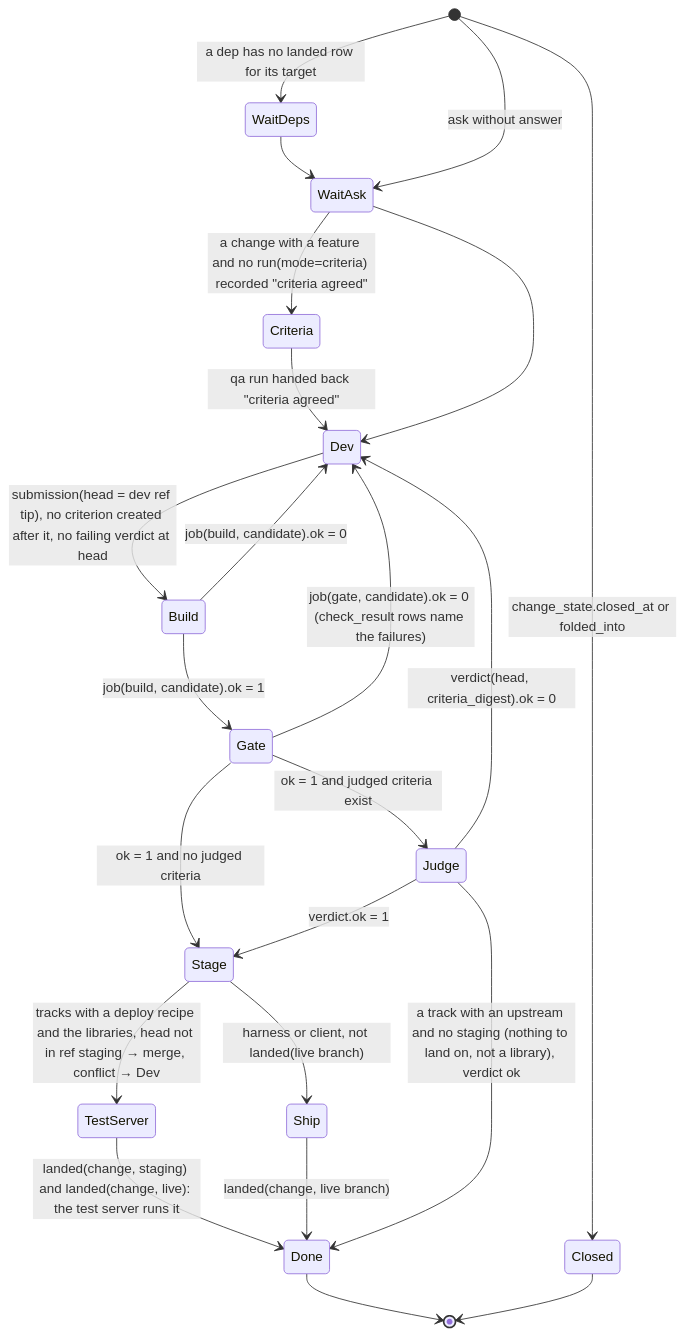
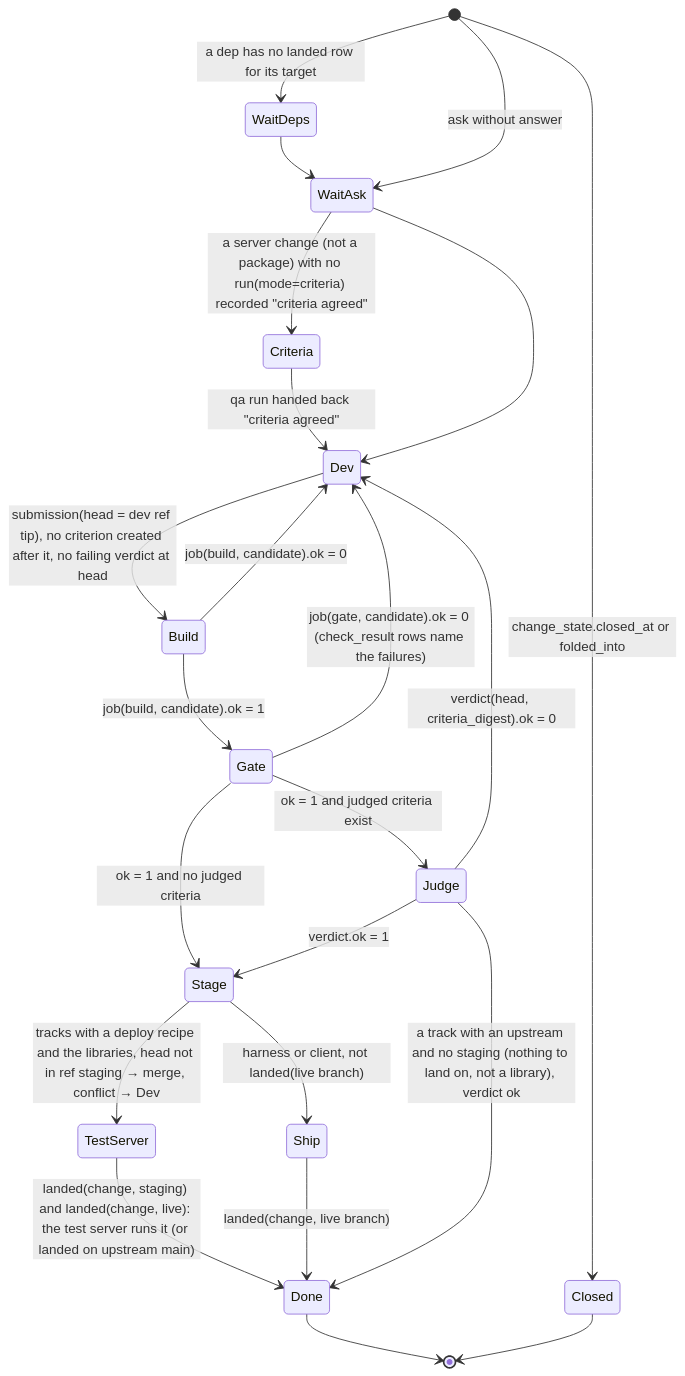
Before and after one commit to AlexPerrin/RuneHarness: the second of 8 diagrams in docs/ARCHITECTURE.md, drawn with Mermaid. The commit also changed other lines of this file and 2 other files, not shown here.

Commit message:
A change already on upstream main is done; every server change writes its criteria before code, a package none

````diff
--- a/docs/ARCHITECTURE.md
+++ b/docs/ARCHITECTURE.md
@@ -227,26 +227,26 @@
 ```mermaid
 stateDiagram-v2
   [*] --> Closed : change_state.closed_at or folded_into
   [*] --> WaitDeps : a dep has no landed row for its target
   WaitDeps --> WaitAsk
   [*] --> WaitAsk : ask without answer
-  WaitAsk --> Criteria : a change with a feature and no run(mode=criteria) recorded "criteria agreed"
+  WaitAsk --> Criteria : a server change (not a package) with no run(mode=criteria) recorded "criteria agreed"
   Criteria --> Dev : qa run handed back "criteria agreed"
   WaitAsk --> Dev
   Dev --> Build : submission(head = dev ref tip), no criterion created after it, no failing verdict at head
   Build --> Dev : job(build, candidate).ok = 0
   Build --> Gate : job(build, candidate).ok = 1
   Gate --> Dev : job(gate, candidate).ok = 0 (check_result rows name the failures)
   Gate --> Judge : ok = 1 and judged criteria exist
   Gate --> Stage : ok = 1 and no judged criteria
   Judge --> Dev : verdict(head, criteria_digest).ok = 0
   Judge --> Stage : verdict.ok = 1
   state Stage <<fork>>
   Stage --> TestServer : tracks with a deploy recipe and the libraries, head not in ref staging → merge, conflict → Dev
   Stage --> Ship : harness or client, not landed(live branch)
-  TestServer --> Done : landed(change, staging) and landed(change, live): the test server runs it
+  TestServer --> Done : landed(change, staging) and landed(change, live): the test server runs it (or landed on upstream main)
   Ship --> Done : landed(change, live branch)
   Judge --> Done : a track with an upstream and no staging (nothing to land on, not a library), verdict ok
   Done --> [*]
   Closed --> [*]
 ```
````
